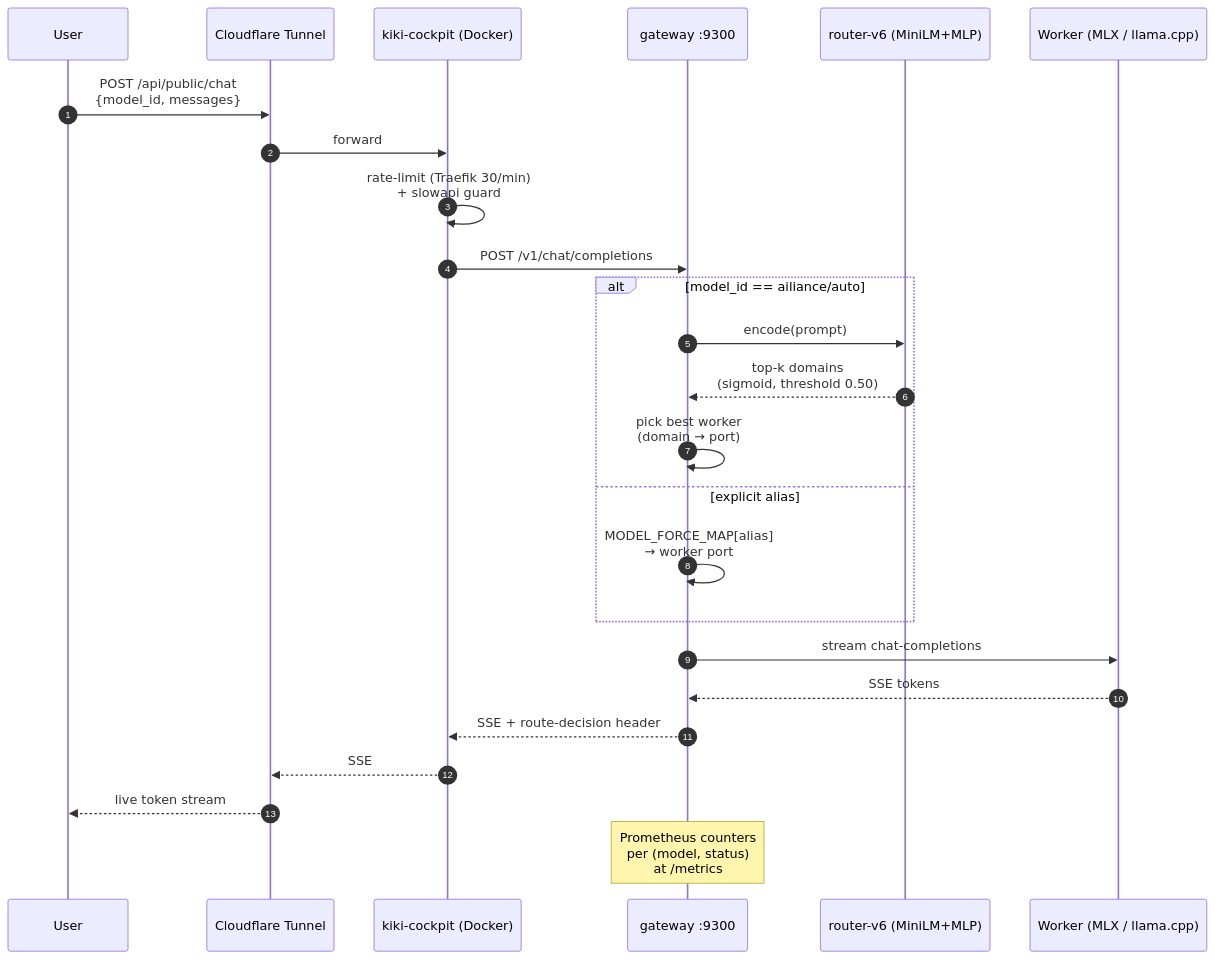
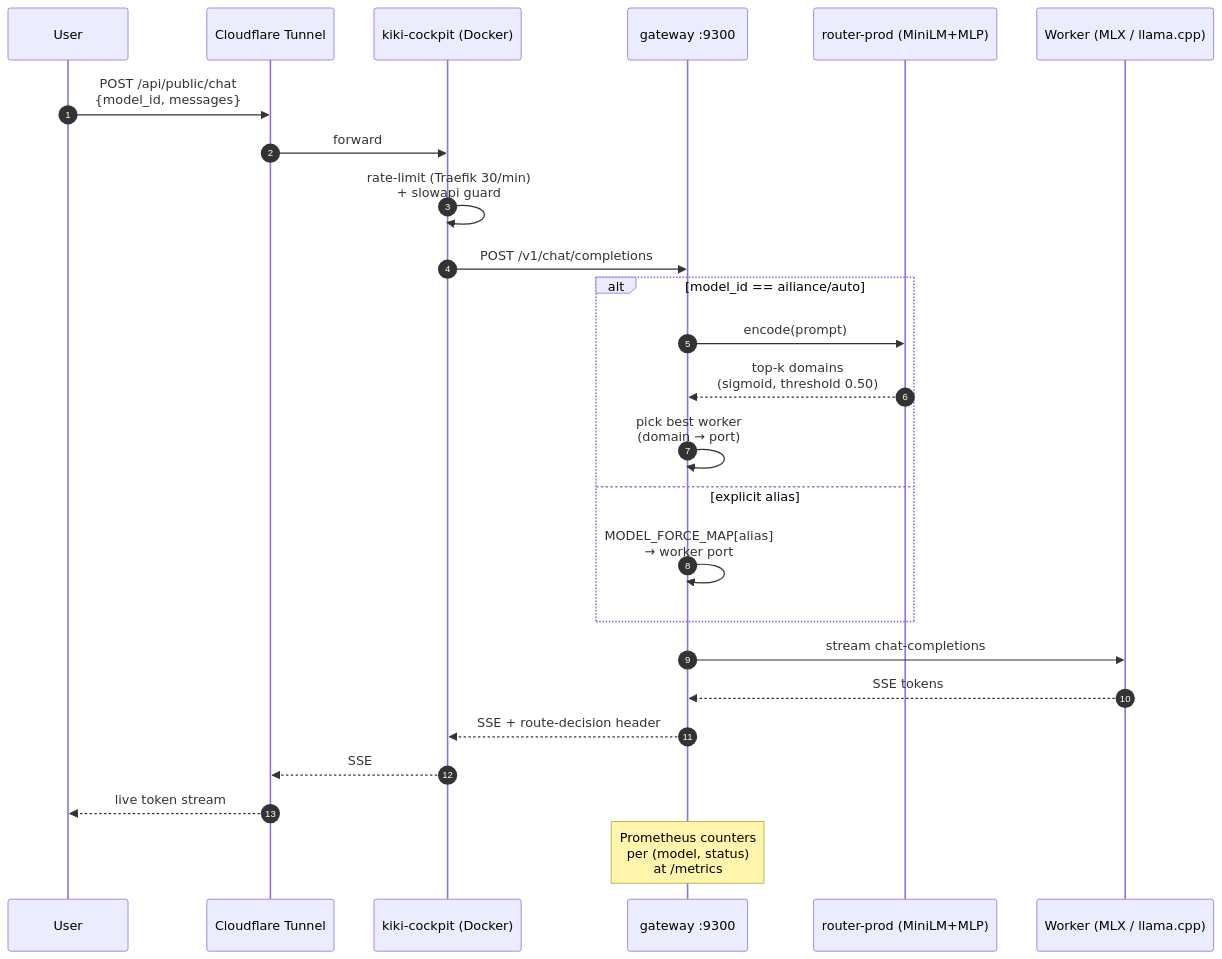
The second of 6 diagrams in README.md (ailiance/ailiance), drawn with Mermaid before and after one commit. The commit also changed other lines of this file and 2 other files, not shown here.

First line of the commit message:
docs(router): fix router-v6 and 32-domain drift

````diff
--- a/README.md
+++ b/README.md
@@ -84,31 +84,31 @@
 ```mermaid
 sequenceDiagram
     autonumber
     participant U as User
     participant C as Cloudflare Tunnel
     participant K as kiki-cockpit (Docker)
     participant G as gateway :9300
-    participant R as router-v6 (MiniLM+MLP)
+    participant R as router-prod (MiniLM+MLP)
     participant W as Worker (MLX / llama.cpp)
 
     U->>C: POST /api/public/chat<br/>{model_id, messages}
     C->>K: forward
     K->>K: rate-limit (Traefik 30/min)<br/>+ slowapi guard
     K->>G: POST /v1/chat/completions
 
     alt model_id == ailiance/auto
         G->>R: encode(prompt)
         R-->>G: top-k domains<br/>(sigmoid, threshold 0.50)
         G->>G: pick best worker<br/>(domain → port)
     else explicit alias
         G->>G: MODEL_FORCE_MAP[alias]<br/>→ worker port
     end
 
     G->>W: stream chat-completions
     W-->>G: SSE tokens
     G-->>K: SSE + route-decision header
     K-->>C: SSE
     C-->>U: live token stream
 
     Note over G: Prometheus counters<br/>per (model, status)<br/>at /metrics
 ```
````
